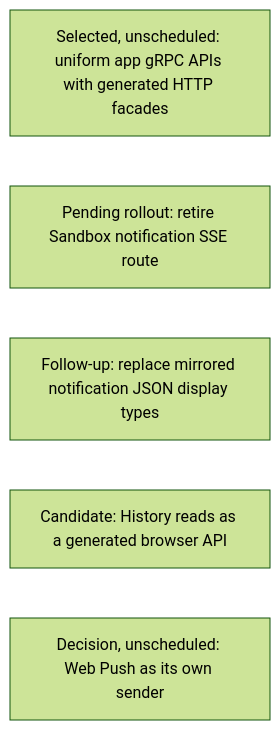
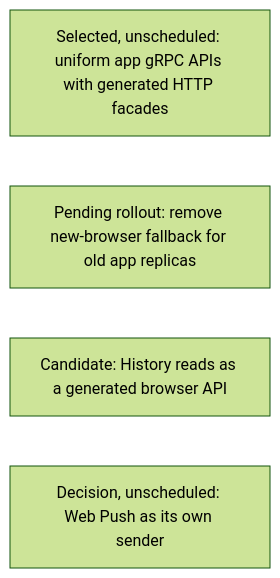
Diagram 16 of 18 in agentplane/plans/task_dag.md (agentydragon/ducktape), drawn with Mermaid (forest theme) before and after one commit. The commit also changed other lines of this file and 11 other files, not shown here.

Commit message:
Use generated notification status and retire legacy SSE serving

````diff
--- a/agentplane/plans/task_dag.md
+++ b/agentplane/plans/task_dag.md
@@ -2173,8 +2173,7 @@
 ```mermaid
 flowchart LR
     APP_API_GRPC_FACADE[Selected, unscheduled: uniform app gRPC APIs with generated HTTP facades]
-    SANDBOX_NOTIFICATION_SSE_RETIRE[Pending rollout: retire Sandbox notification SSE route]
-    SANDBOX_NOTIFICATION_VIEWMODEL[Follow-up: replace mirrored notification JSON display types]
+    SANDBOX_NOTIFICATION_ROLLOUT_FALLBACK[Pending rollout: remove new-browser fallback for old app replicas]
     HISTORY_READS_FACADE[Candidate: History reads as a generated browser API]
     WEB_PUSH_SERVICE[Decision, unscheduled: Web Push as its own sender]
 ```
````
